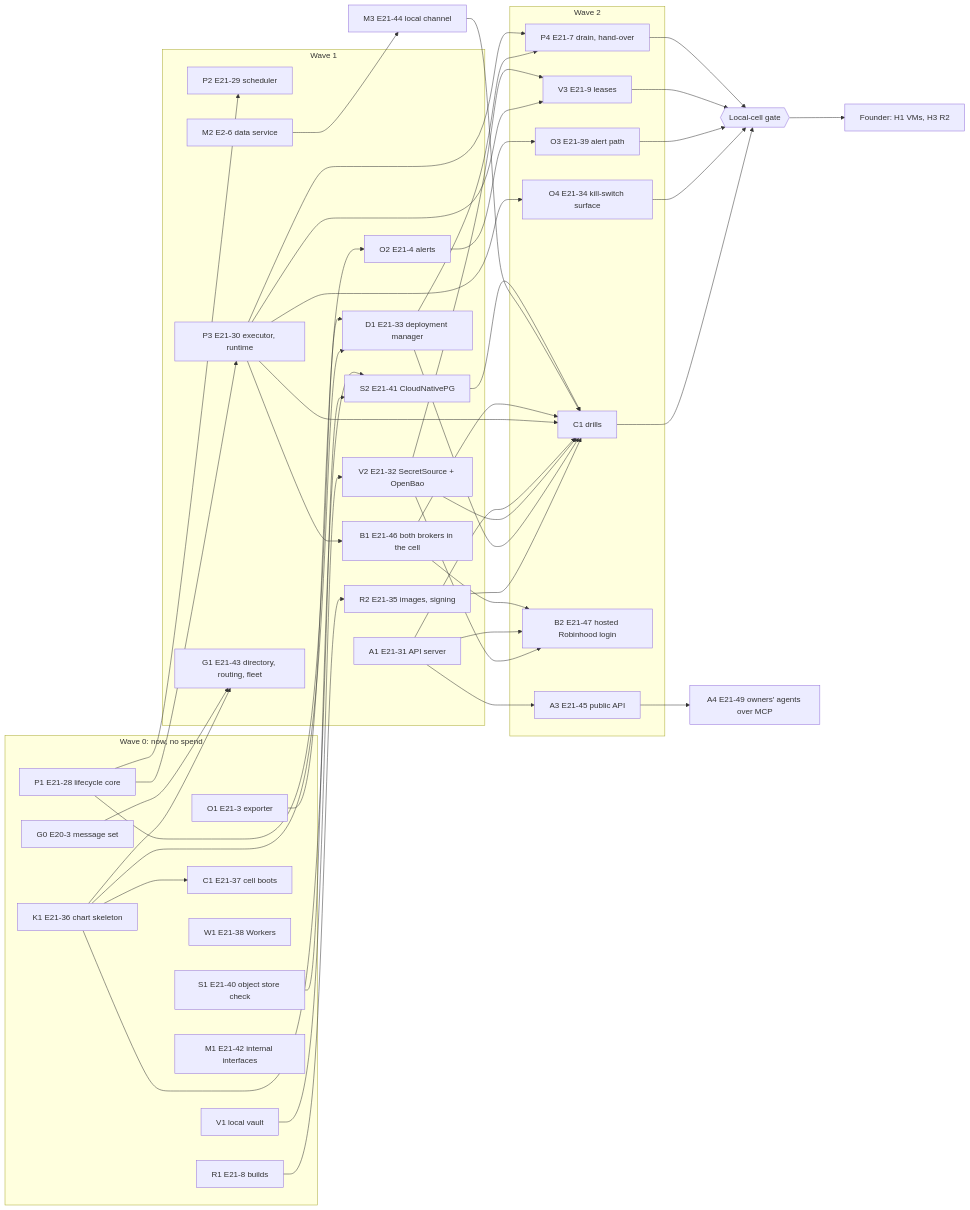
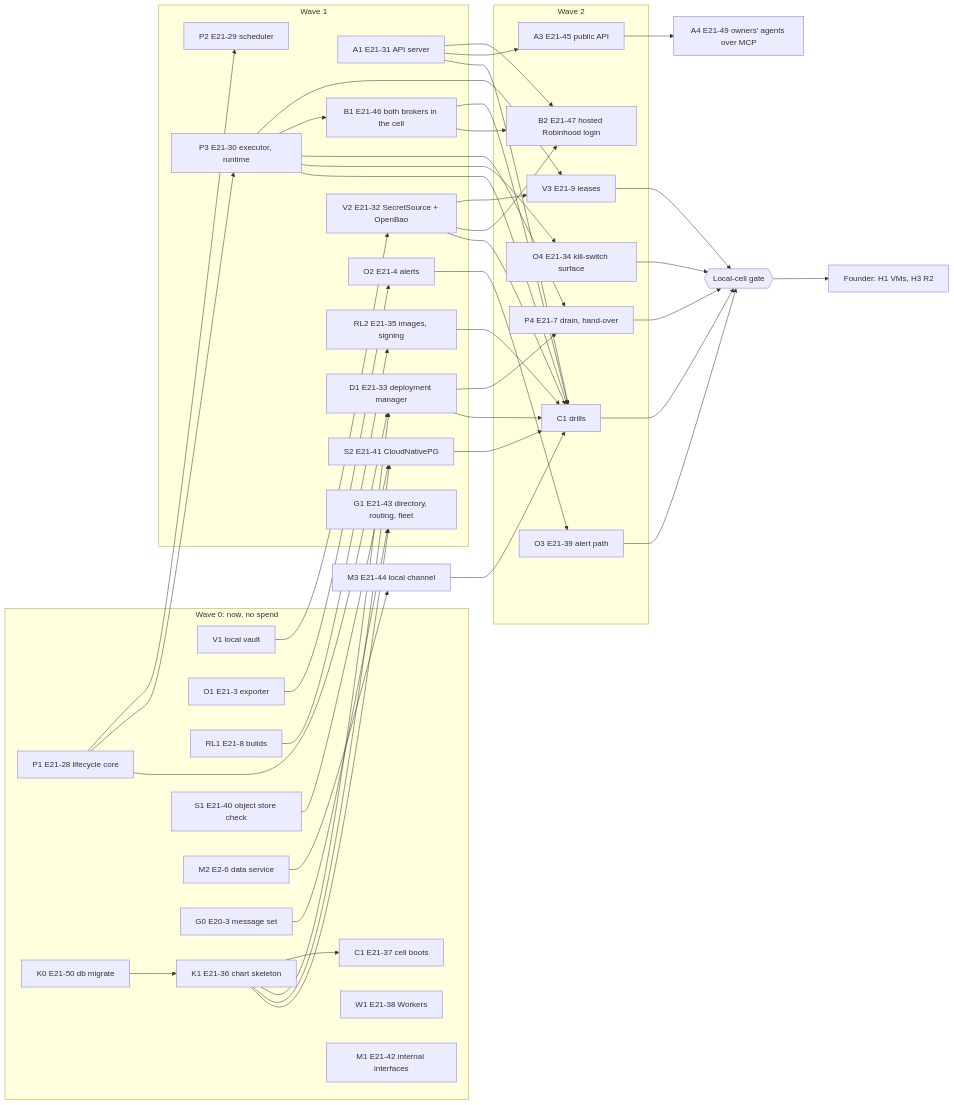
The diagram in docs/project/tasks/managed-cells.md (kunwarshivam/mandate), drawn with Mermaid before and after one commit. The commit also changed other lines of this file and 4 other files, not shown here.

````diff
--- a/docs/project/tasks/managed-cells.md
+++ b/docs/project/tasks/managed-cells.md
@@ -322,60 +329,62 @@
 ```mermaid
 flowchart LR
     subgraph W0["Wave 0: now, no spend"]
         P1["P1 E21-28 lifecycle core"]
         V1["V1 local vault"]
         O1["O1 E21-3 exporter"]
-        R1["R1 E21-8 builds"]
+        RL1["RL1 E21-8 builds"]
         K1["K1 E21-36 chart skeleton"]
         C1a["C1 E21-37 cell boots"]
         W1["W1 E21-38 Workers"]
         S1["S1 E21-40 object store check"]
+        K0["K0 E21-50 db migrate"]
+        M2["M2 E2-6 data service"]
         M1["M1 E21-42 internal interfaces"]
         G0["G0 E20-3 message set"]
     end
     subgraph W1g["Wave 1"]
         P2["P2 E21-29 scheduler"]
         P3["P3 E21-30 executor, runtime"]
         A1["A1 E21-31 API server"]
         V2["V2 E21-32 SecretSource + OpenBao"]
         D1["D1 E21-33 deployment manager"]
         O2["O2 E21-4 alerts"]
-        R2["R2 E21-35 images, signing"]
+        RL2["RL2 E21-35 images, signing"]
         S2["S2 E21-41 CloudNativePG"]
-        M2["M2 E2-6 data service"]
         G1["G1 E21-43 directory, routing, fleet"]
         B1["B1 E21-46 both brokers in the cell"]
     end
     subgraph W2["Wave 2"]
         P4["P4 E21-7 drain, hand-over"]
         V3["V3 E21-9 leases"]
         O3["O3 E21-39 alert path"]
         O4["O4 E21-34 kill-switch surface"]
         C1b["C1 drills"]
         B2["B2 E21-47 hosted Robinhood login"]
         A3["A3 E21-45 public API"]
     end
     G{{"Local-cell gate"}}
     H["Founder: H1 VMs, H3 R2"]
     P1 --> P2 & P3 & D1
     V1 --> V2 --> V3
     P3 --> V3
     O1 --> O2 --> O3
-    R1 --> R2
+    RL1 --> RL2
     K1 --> C1a
+    K0 --> K1
     K1 --> D1
     S1 --> S2
     K1 --> S2
     S2 --> C1b
     M2 --> M3["M3 E21-44 local channel"] --> C1b
     G0 --> G1
     P3 --> B1 --> C1b
     B1 & A1 & V2 --> B2
     A1 --> A3 --> A4["A4 E21-49 owners' agents over MCP"]
     K1 --> G1
     P3 --> P4
     D1 --> P4
     P3 --> O4
-    P3 & A1 & V2 & D1 & R2 --> C1b
+    P3 & A1 & V2 & D1 & RL2 --> C1b
     P4 & V3 & O3 & O4 & C1b --> G --> H
 ```
````
